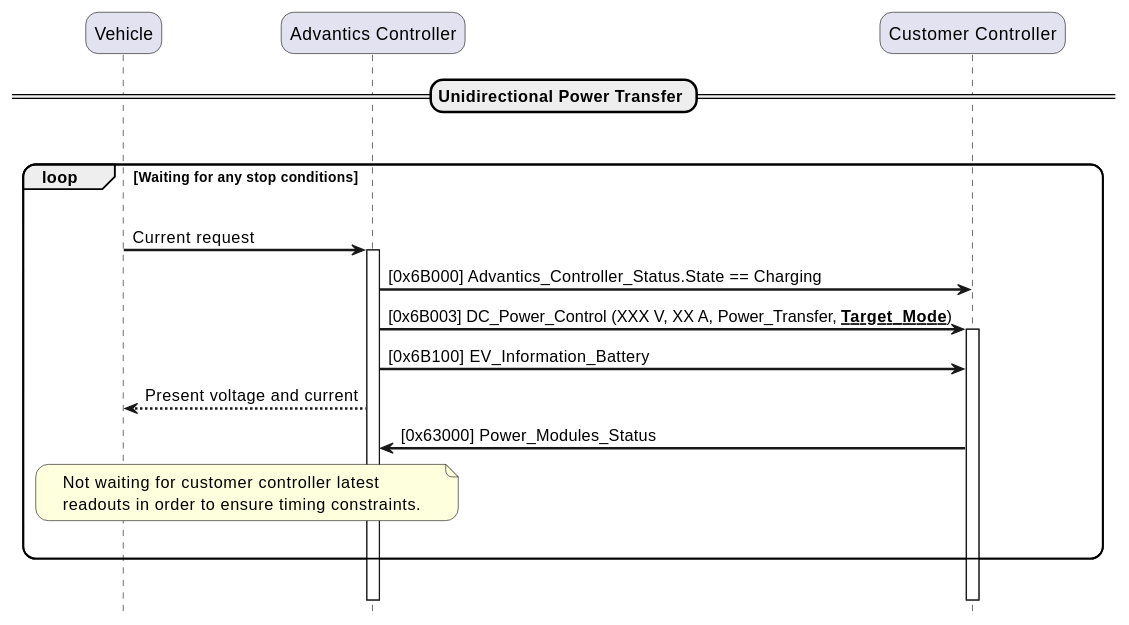
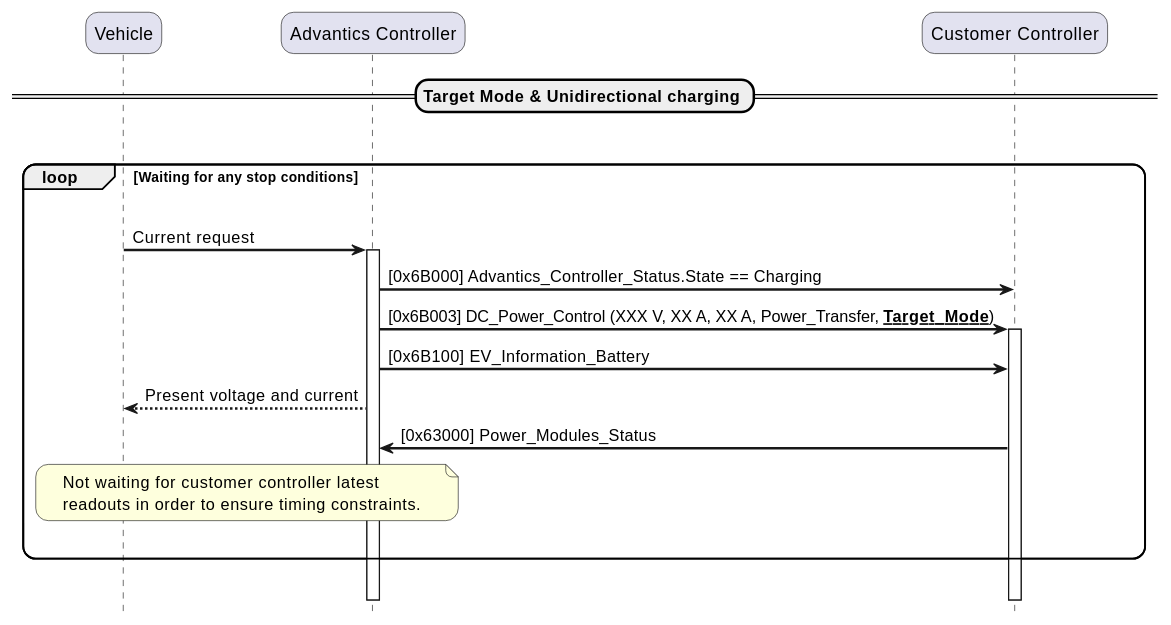
One commit to ADVANTICS/documentation changed the fourth of 6 diagrams in charge-controllers/secc_generic/power_transfer_sequence_diagram.md. Above: the diagram before and after it, drawn with PlantUML. The commit also changed other lines of this file, not shown here.

Commit message:
Fix, use the updated sequences v3 as source for the Power Transfer Sequence Diagram

````diff
--- a/charge-controllers/secc_generic/power_transfer_sequence_diagram.md
+++ b/charge-controllers/secc_generic/power_transfer_sequence_diagram.md
@@ -241,31 +241,31 @@
 ```plantuml
 hide footbox
 skinparam ParticipantPadding 20
 skinparam sequenceArrowThickness 2
 skinparam roundcorner 20
 
 participant "Vehicle" as PEV
 participant "Advantics Controller" as EVSE
 participant "Customer Controller" as Charger
 
-== Unidirectional Power Transfer ==
+== Target Mode & Unidirectional charging ==
 
 |||
 loop Waiting for any stop conditions
   |||
   PEV -> EVSE: Current request
   activate EVSE
   EVSE -> Charger: [0x6B000] Advantics_Controller_Status.State == Charging
-  EVSE -> Charger: [0x6B003] DC_Power_Control (XXX V, XX A, Power_Transfer, __**Target_Mode**__)
+  EVSE -> Charger: [0x6B003] DC_Power_Control (XXX V, XX A, XX A, Power_Transfer, __**Target_Mode**__)
   activate Charger
   EVSE -> Charger: [0x6B100] EV_Information_Battery
   EVSE --> PEV: Present voltage and current
   Charger -> EVSE: [0x63000] Power_Modules_Status
   note over PEV,EVSE
     Not waiting for customer controller latest
     readouts in order to ensure timing constraints.
   end note
   |||
 end loop
 |||
 ```
````
